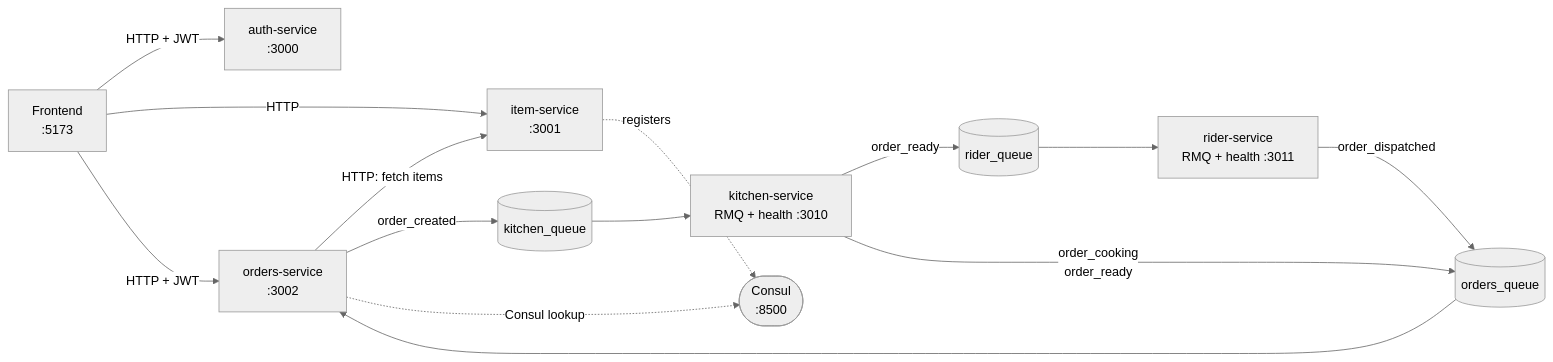
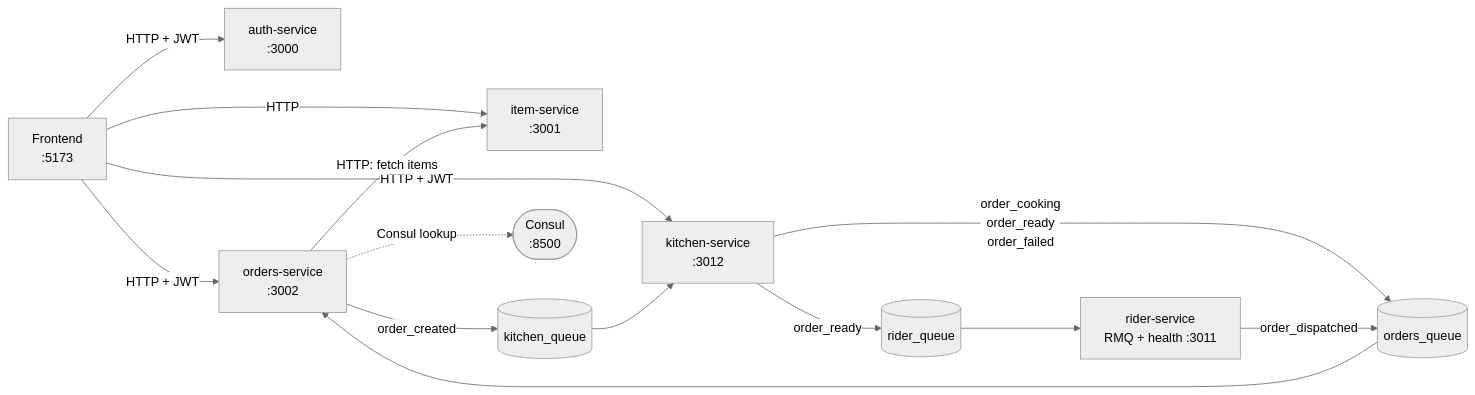
Before and after one commit to thetpaingsoe/swift-bite: the diagram in README.md, drawn with Mermaid (neutral theme). The commit also changed other lines of this file and 31 other files, not shown here.

Commit message:
feat : added kitchen service queue for cooks

````diff
--- a/README.md
+++ b/README.md
@@ -38,16 +39,16 @@
 ```mermaid
 flowchart LR
     FE[Frontend<br/>:5173] -->|HTTP + JWT| AUTH[auth-service<br/>:3000]
     FE -->|HTTP| ITEM[item-service<br/>:3001]
     FE -->|HTTP + JWT| ORDERS[orders-service<br/>:3002]
+    FE -->|HTTP + JWT| KITCHEN[kitchen-service<br/>:3012]
     ORDERS -->|HTTP: fetch items| ITEM
     ORDERS -->|order_created| KQ[(kitchen_queue)]
-    KQ --> KITCHEN[kitchen-service<br/>RMQ + health :3010]
+    KQ --> KITCHEN
     KITCHEN -->|order_ready| RQ[(rider_queue)]
     RQ --> RIDER[rider-service<br/>RMQ + health :3011]
-    KITCHEN -->|order_cooking<br/>order_ready| OQ[(orders_queue)]
+    KITCHEN -->|order_cooking<br/>order_ready<br/>order_failed| OQ[(orders_queue)]
     RIDER -->|order_dispatched| OQ
     OQ --> ORDERS
     ORDERS -.->|Consul lookup| CONSUL([Consul<br/>:8500])
-    ITEM -.->|registers| CONSUL
 ```
````
